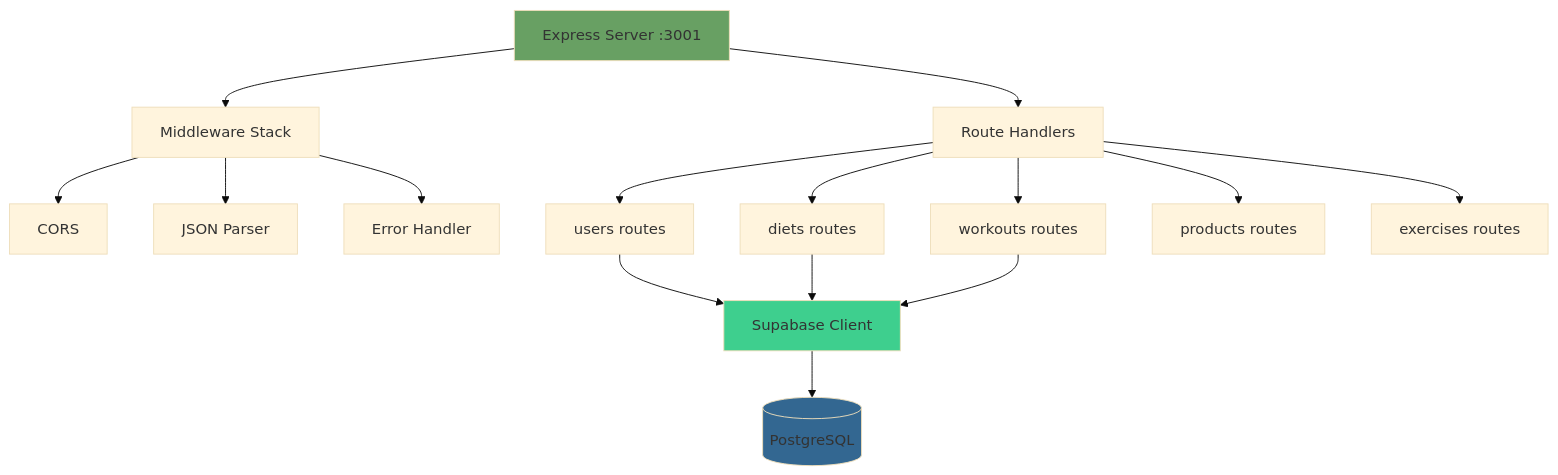
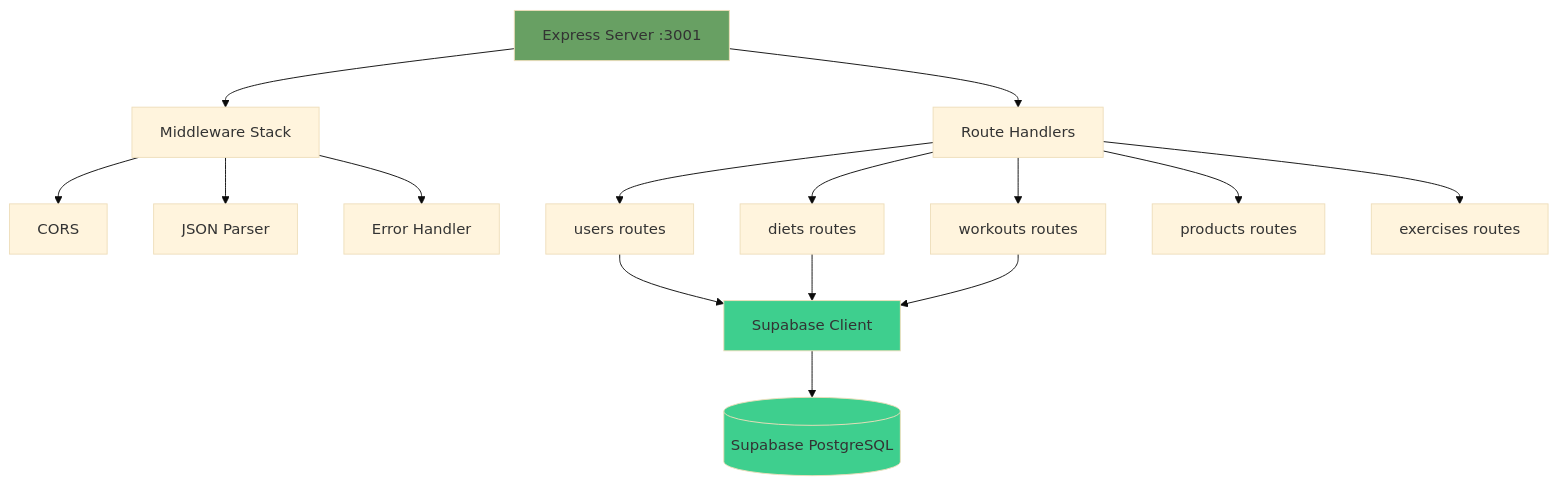
One commit to Jorgecs14/fitness-app-tfm changed the first of 3 diagrams in ARQUITECTURA_BACKEND.md. Above: the diagram before and after it, drawn with Mermaid (base theme). The commit also changed other lines of this file and 2 other files, not shown here.

````diff
--- a/ARQUITECTURA_BACKEND.md
+++ b/ARQUITECTURA_BACKEND.md
@@ -9,24 +9,24 @@
 ```mermaid
 graph TD
     A[Express Server :3001] --> B[Middleware Stack]
     B --> C[CORS]
     B --> D[JSON Parser]
     B --> E[Error Handler]
     
     A --> F[Route Handlers]
     F --> G[users routes]
     F --> H[diets routes]
     F --> I[workouts routes]
     F --> J[products routes]
     F --> K[exercises routes]
     
     G --> L[Supabase Client]
     H --> L
     I --> L
     
-    L --> M[(PostgreSQL)]
+    L --> M[(Supabase PostgreSQL)]
     
     style A fill:#68a063
     style L fill:#3ecf8e
-    style M fill:#336791
+    style M fill:#3ecf8e
 ```
````
